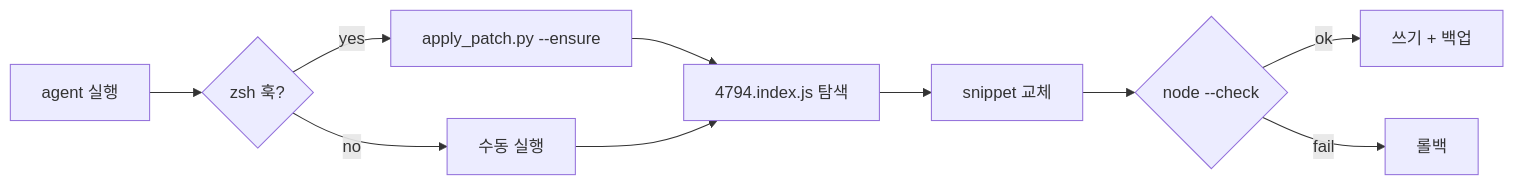
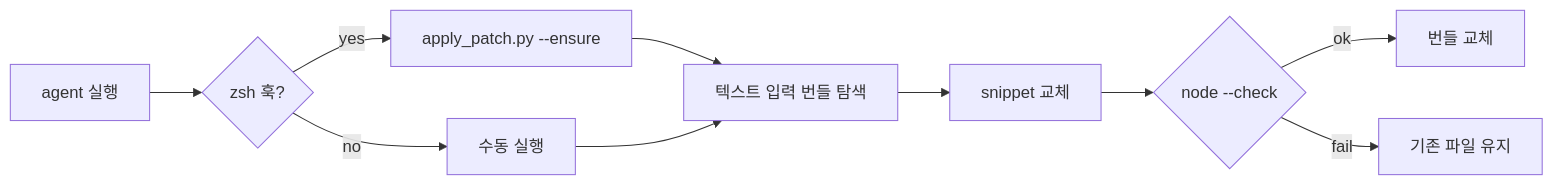
Before and after one commit to vzts/cursor-cli-input-patch: the diagram in README.ko.md, drawn with Mermaid. The commit also changed other lines of this file and 6 other files, not shown here.

````diff
--- a/README.ko.md
+++ b/README.ko.md
@@ -173,12 +173,12 @@
 ```mermaid
 flowchart LR
   A[agent 실행] --> B{zsh 훅?}
   B -->|yes| C[apply_patch.py --ensure]
   B -->|no| D[수동 실행]
-  C --> E[4794.index.js 탐색]
+  C --> E[텍스트 입력 번들 탐색]
   D --> E
   E --> F[snippet 교체]
   F --> G{node --check}
-  G -->|ok| H[쓰기 + 백업]
-  G -->|fail| I[롤백]
+  G -->|ok| H[번들 교체]
+  G -->|fail| I[기존 파일 유지]
 ```
````
